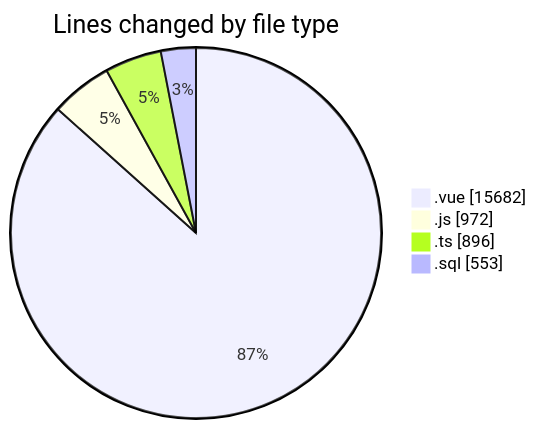
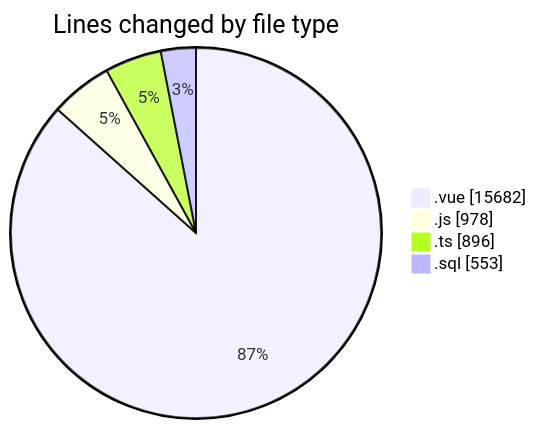
One commit to lephambinh05/code-tracking changed the first of 2 diagrams in 2025-08-13/rentotp/README.md. Above: the diagram before and after it, drawn with Mermaid. The commit also changed other lines of this file and 1 other file, not shown here.

````diff
--- a/2025-08-13/rentotp/README.md
+++ b/2025-08-13/rentotp/README.md
@@ -42,8 +42,8 @@
 ```mermaid
 pie showData
 title Lines changed by file type
 ".vue" : 15682
-".js" : 972
+".js" : 978
 ".ts" : 896
 ".sql" : 553
 ```
````
